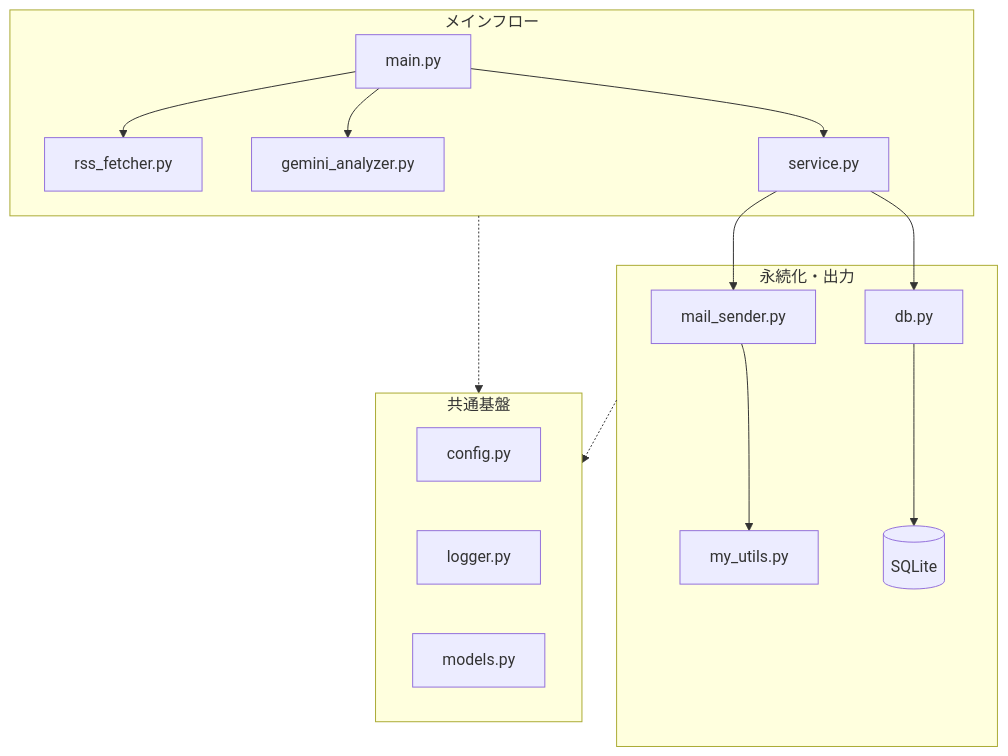
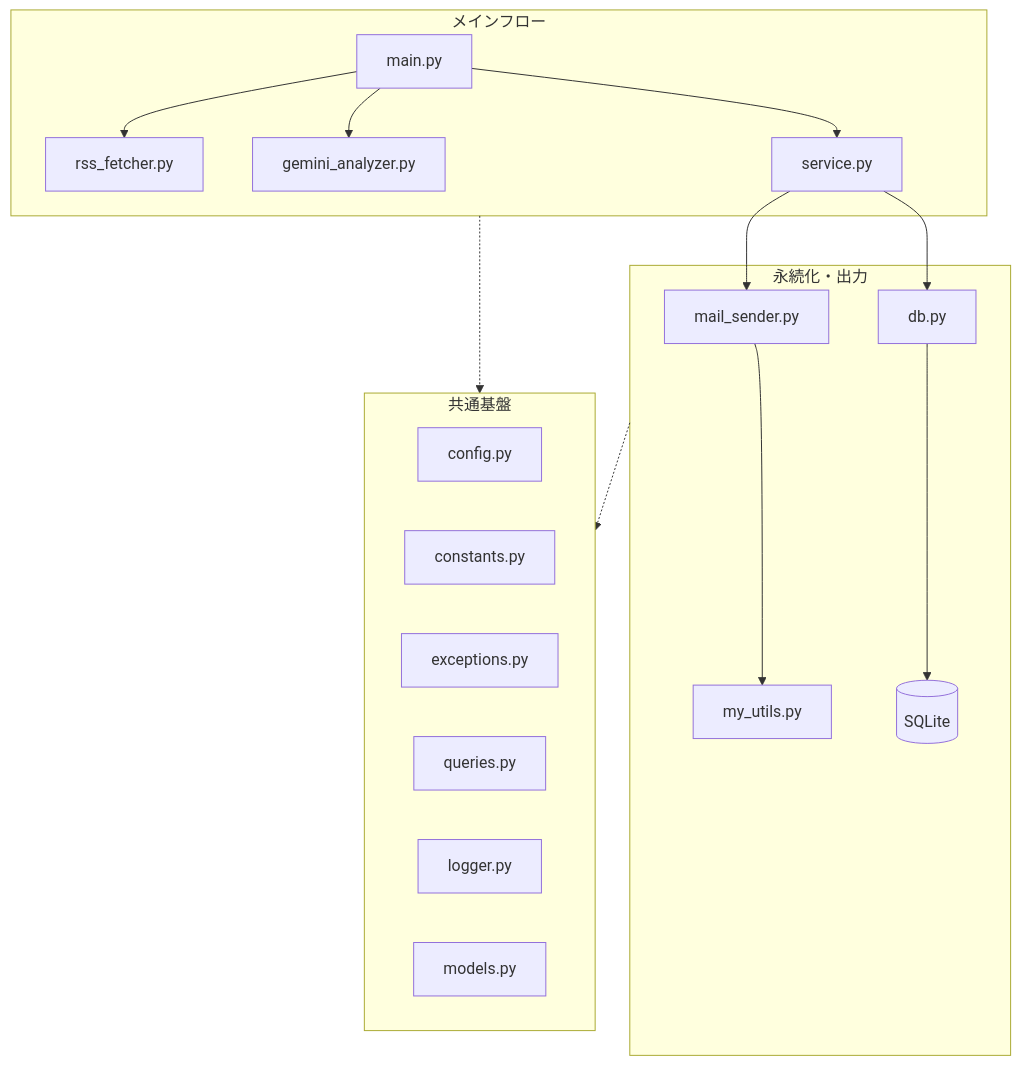
One commit to neucorino/itnews-autocollector changed the second of 2 diagrams in README.md. Above: the diagram before and after it, drawn with Mermaid. The commit also changed other lines of this file, not shown here.

````diff
--- a/README.md
+++ b/README.md
@@ -163,32 +178,35 @@
 ```mermaid
 flowchart TD
     subgraph Core [メインフロー]
         Main[main.py]
         RSS[rss_fetcher.py]
         AI[gemini_analyzer.py]
         Service[service.py]
     end
-
+ 
     subgraph Output [永続化・出力]
         Mail[mail_sender.py]
         Utils[my_utils.py]
         DB[db.py]
         SQLite[(SQLite)]
     end
-
+ 
     subgraph Infra [共通基盤]
         Config[config.py]
+        Const[constants.py]
+        Exc[exceptions.py]
+        Queries[queries.py]
         Logger[logger.py]
         Models[models.py]
     end
-
+ 
     Main --> RSS
     Main --> AI
     Main --> Service
     Service --> DB
     DB --> SQLite
     Service --> Mail
     Mail --> Utils
     Core -.-> Infra
     Output -.-> Infra
 ```
````
